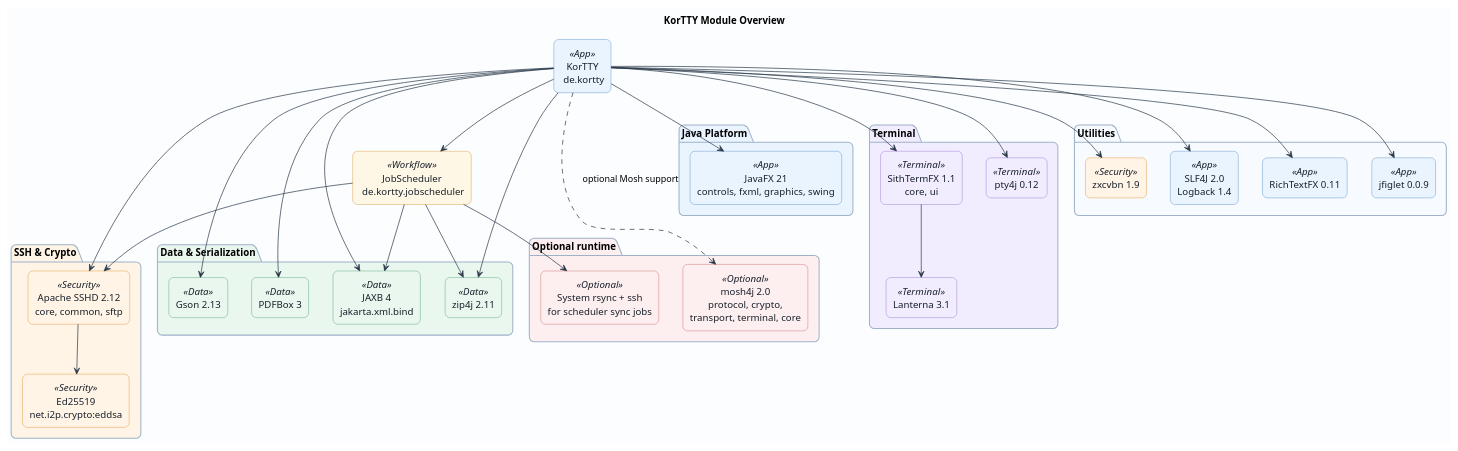
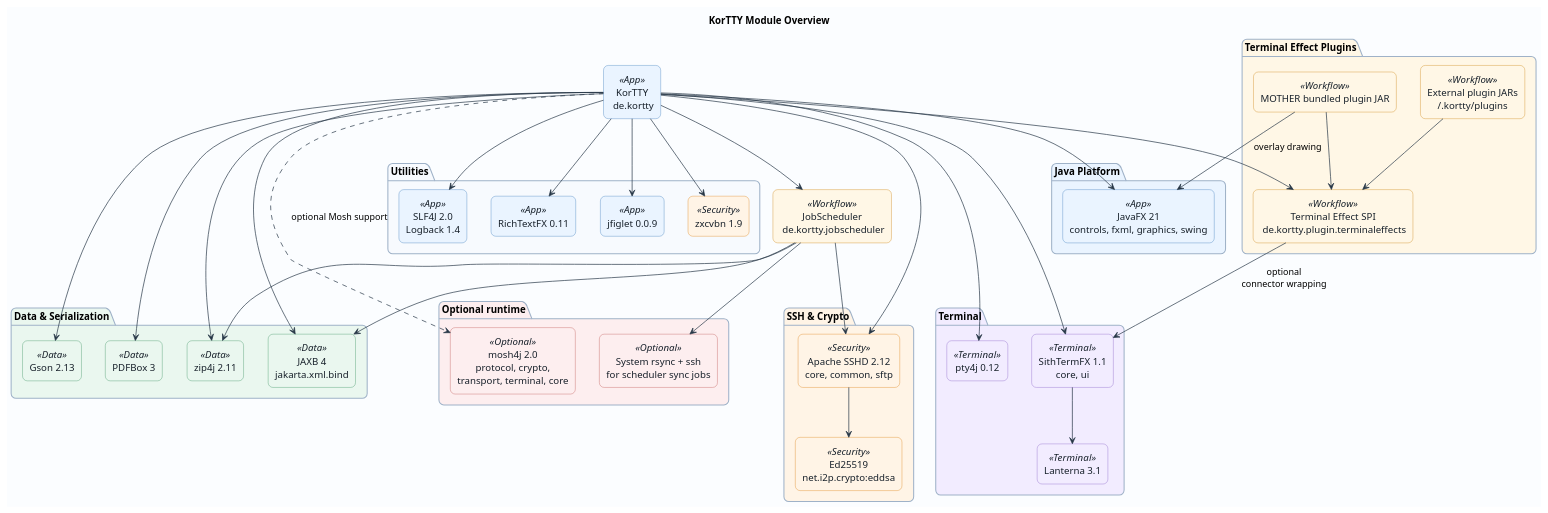
Before and after one commit to chardonnay/korTTY: the diagram in docs/diagrams/modules-overview.puml, drawn with PlantUML. The commit also changed 62 other files, not shown here.

Commit message:
Add MOTHER terminal effect plugin

```diff
--- a/docs/diagrams/modules-overview.puml
+++ b/docs/diagrams/modules-overview.puml
@@ -1,101 +1,112 @@
 @startuml
 title KorTTY Module Overview
 top to bottom direction
 
 skinparam backgroundColor #FBFDFF
 skinparam shadowing false
 skinparam roundcorner 14
 skinparam componentStyle rectangle
 skinparam defaultFontName "Arial"
 skinparam defaultTextAlignment center
 skinparam ArrowColor #273746
 skinparam packageBorderColor #9FB2C8
 skinparam packageBackgroundColor #F7FAFE
 skinparam component {
   BorderColor #34495E
   BackgroundColor #FFFFFF
   FontColor #17202A
 }
 skinparam component<<App>> {
   BackgroundColor #EAF4FF
   BorderColor #2F74B5
 }
 skinparam component<<Terminal>> {
   BackgroundColor #F2ECFF
   BorderColor #7E57C2
 }
 skinparam component<<Data>> {
   BackgroundColor #EAF7EF
   BorderColor #2E8B57
 }
 skinparam component<<Security>> {
   BackgroundColor #FFF4E6
   BorderColor #D97904
 }
 skinparam component<<Optional>> {
   BackgroundColor #FDEEEF
   BorderColor #B94A48
 }
 skinparam component<<Workflow>> {
   BackgroundColor #FFF7E6
   BorderColor #C77D00
 }
 
 component "KorTTY\n de.kortty" as KorTTY <<App>>
 component "JobScheduler\n de.kortty.jobscheduler" as JobScheduler <<Workflow>>
 
 package "Java Platform" #EAF4FF {
   component "JavaFX 21\ncontrols, fxml, graphics, swing" as JavaFx <<App>>
 }
 
 package "SSH & Crypto" #FFF4E6 {
   component "Apache SSHD 2.12\ncore, common, sftp" as Sshd <<Security>>
   component "Ed25519\nnet.i2p.crypto:eddsa" as Ed25519 <<Security>>
 }
 
 package "Terminal" #F2ECFF {
   component "SithTermFX 1.1\ncore, ui" as SithTerm <<Terminal>>
   component "Lanterna 3.1" as Lanterna <<Terminal>>
   component "pty4j 0.12" as Pty4j <<Terminal>>
 }
 
+package "Terminal Effect Plugins" #FFF7E6 {
+  component "Terminal Effect SPI\n de.kortty.plugin.terminaleffects" as TerminalEffectSpi <<Workflow>>
+  component "MOTHER bundled plugin JAR" as MotherPlugin <<Workflow>>
+  component "External plugin JARs\n~/.kortty/plugins" as ExternalEffectPlugins <<Workflow>>
+}
+
 package "Data & Serialization" #EAF7EF {
   component "JAXB 4\njakarta.xml.bind" as Jaxb <<Data>>
   component "zip4j 2.11" as Zip4j <<Data>>
   component "Gson 2.13" as Gson <<Data>>
   component "PDFBox 3" as PdfBox <<Data>>
 }
 
 package "Utilities" #F7FAFE {
   component "RichTextFX 0.11" as RichText <<App>>
   component "jfiglet 0.0.9" as JFiglet <<App>>
   component "zxcvbn 1.9" as Zxcvbn <<Security>>
   component "SLF4J 2.0\nLogback 1.4" as Logging <<App>>
 }
 
 package "Optional runtime" #FDEEEF {
   component "mosh4j 2.0\nprotocol, crypto,\ntransport, terminal, core" as Mosh4j <<Optional>>
   component "System rsync + ssh\nfor scheduler sync jobs" as RsyncSsh <<Optional>>
 }
 
 KorTTY --> JavaFx
 KorTTY --> JobScheduler
 JobScheduler --> Sshd
 JobScheduler --> Jaxb
 JobScheduler --> Zip4j
 JobScheduler --> RsyncSsh
 KorTTY --> Sshd
 Sshd --> Ed25519
 KorTTY --> SithTerm
 SithTerm --> Lanterna
 KorTTY --> Pty4j
+KorTTY --> TerminalEffectSpi
+TerminalEffectSpi --> SithTerm : optional\nconnector wrapping
+MotherPlugin --> TerminalEffectSpi
+MotherPlugin --> JavaFx : overlay drawing
+ExternalEffectPlugins --> TerminalEffectSpi
 KorTTY --> Jaxb
 KorTTY --> Zip4j
 KorTTY --> Gson
 KorTTY --> PdfBox
 KorTTY --> RichText
 KorTTY --> JFiglet
 KorTTY --> Zxcvbn
 KorTTY --> Logging
 KorTTY ..> Mosh4j : optional Mosh support
 @enduml
```
